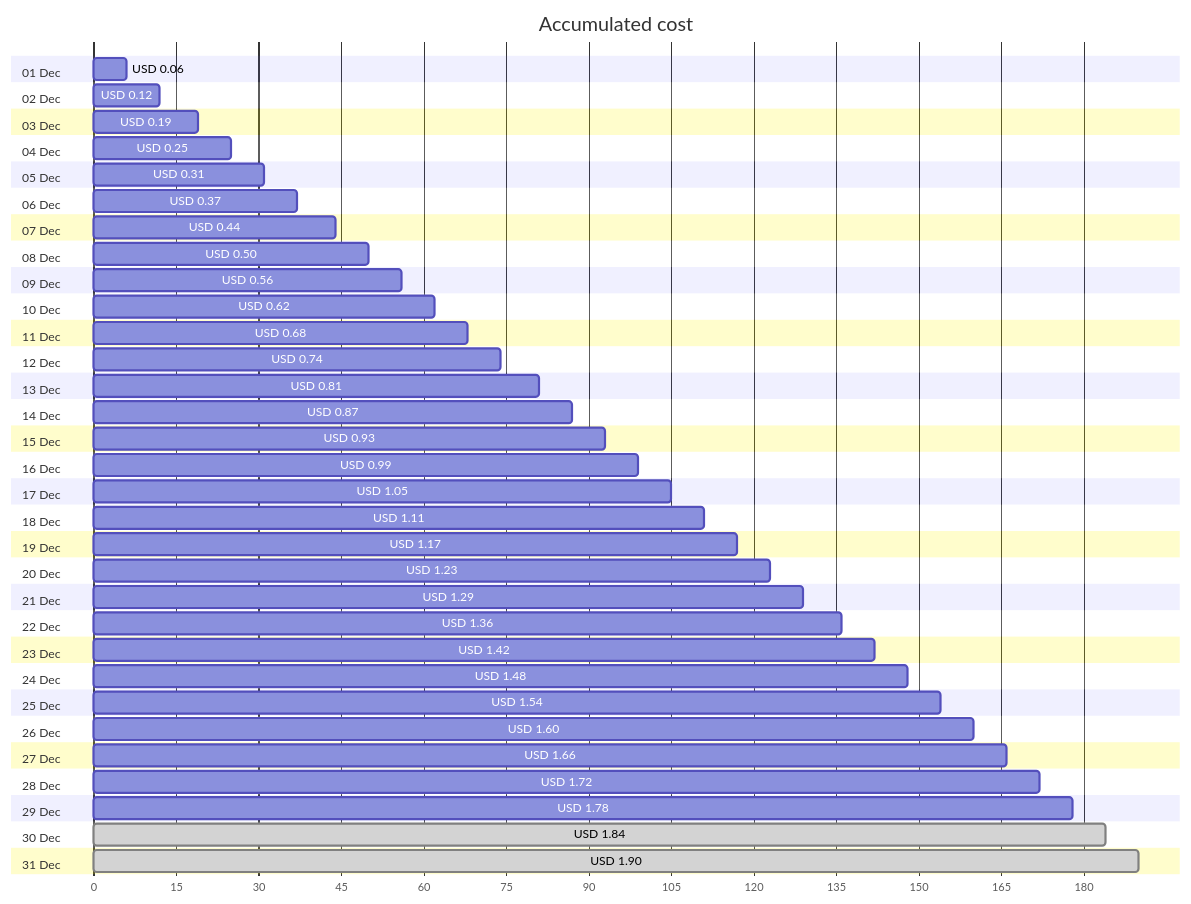
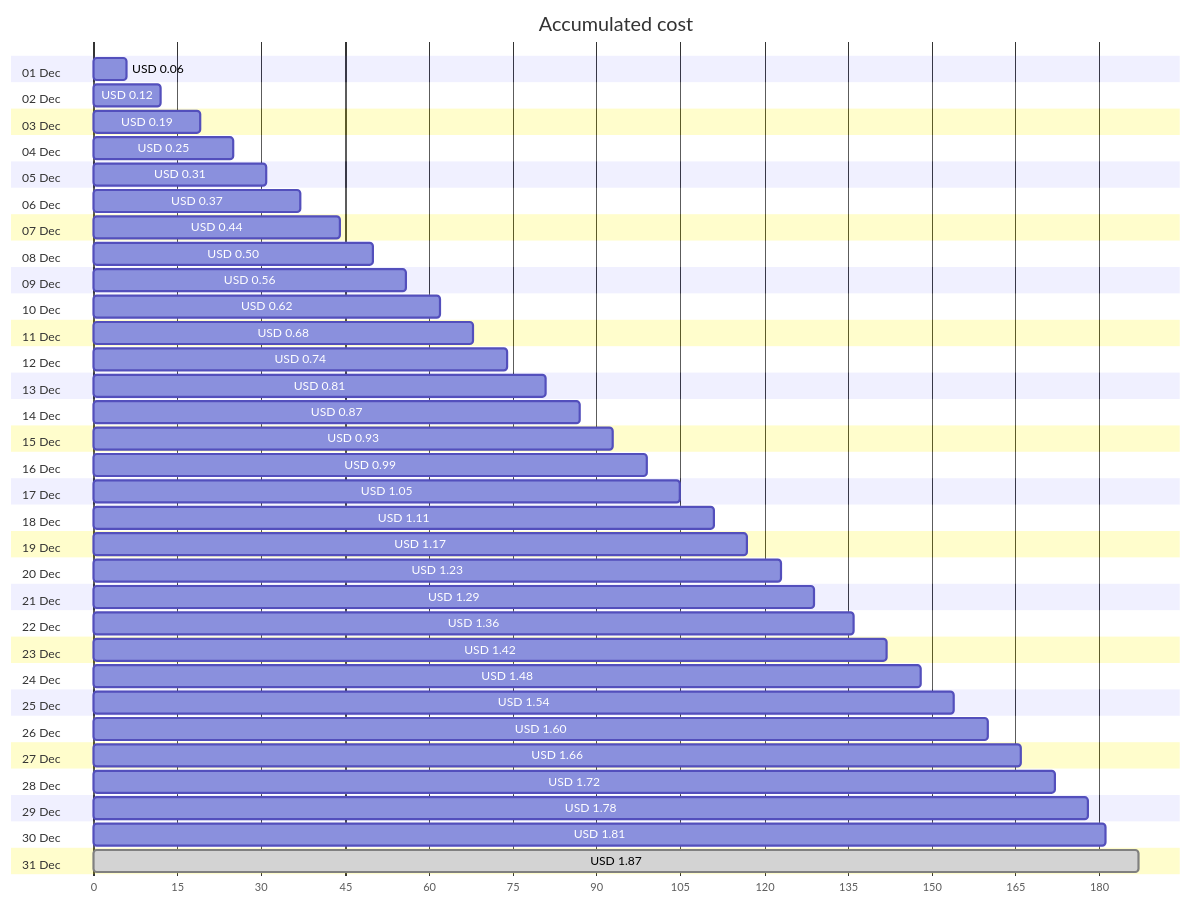
One commit to jpfulton/azure-personal-reports changed the first of 4 diagrams in cost-reports/personal-network/backup-server_OsDisk.md. Above: the diagram before and after it, drawn with Mermaid. The commit also changed other lines of this file and 8 other files, not shown here.

````diff
--- a/cost-reports/personal-network/backup-server_OsDisk.md
+++ b/cost-reports/personal-network/backup-server_OsDisk.md
@@ -20,68 +20,68 @@
 ```mermaid
 gantt
    title Accumulated cost
    dateFormat  X
    axisFormat %s
    section 01 Dec
    USD 0.06 :0, 6
    section 02 Dec
    USD 0.12 :0, 12
    section 03 Dec
    USD 0.19 :0, 19
    section 04 Dec
    USD 0.25 :0, 25
    section 05 Dec
    USD 0.31 :0, 31
    section 06 Dec
    USD 0.37 :0, 37
    section 07 Dec
    USD 0.44 :0, 44
    section 08 Dec
    USD 0.50 :0, 50
    section 09 Dec
    USD 0.56 :0, 56
    section 10 Dec
    USD 0.62 :0, 62
    section 11 Dec
    USD 0.68 :0, 68
    section 12 Dec
    USD 0.74 :0, 74
    section 13 Dec
    USD 0.81 :0, 81
    section 14 Dec
    USD 0.87 :0, 87
    section 15 Dec
    USD 0.93 :0, 93
    section 16 Dec
    USD 0.99 :0, 99
    section 17 Dec
    USD 1.05 :0, 105
    section 18 Dec
    USD 1.11 :0, 111
    section 19 Dec
    USD 1.17 :0, 117
    section 20 Dec
    USD 1.23 :0, 123
    section 21 Dec
    USD 1.29 :0, 129
    section 22 Dec
    USD 1.36 :0, 136
    section 23 Dec
    USD 1.42 :0, 142
    section 24 Dec
    USD 1.48 :0, 148
    section 25 Dec
    USD 1.54 :0, 154
    section 26 Dec
    USD 1.60 :0, 160
    section 27 Dec
    USD 1.66 :0, 166
    section 28 Dec
    USD 1.72 :0, 172
    section 29 Dec
    USD 1.78 :0, 178
    section 30 Dec
-   USD 1.84 : done, 0, 184
+   USD 1.81 :0, 181
    section 31 Dec
-   USD 1.90 : done, 0, 190
+   USD 1.87 : done, 0, 187
 ```
````
